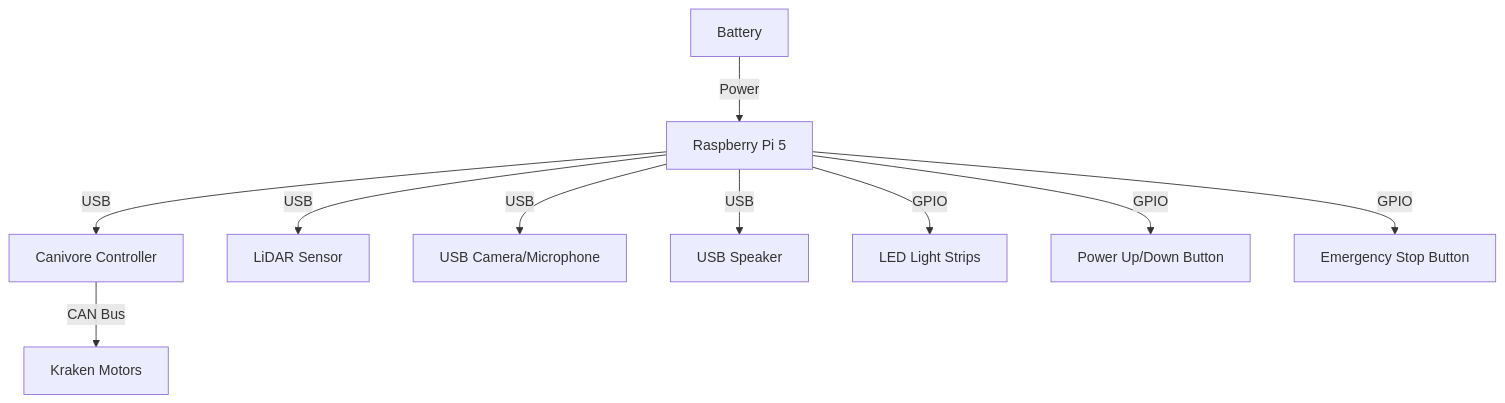
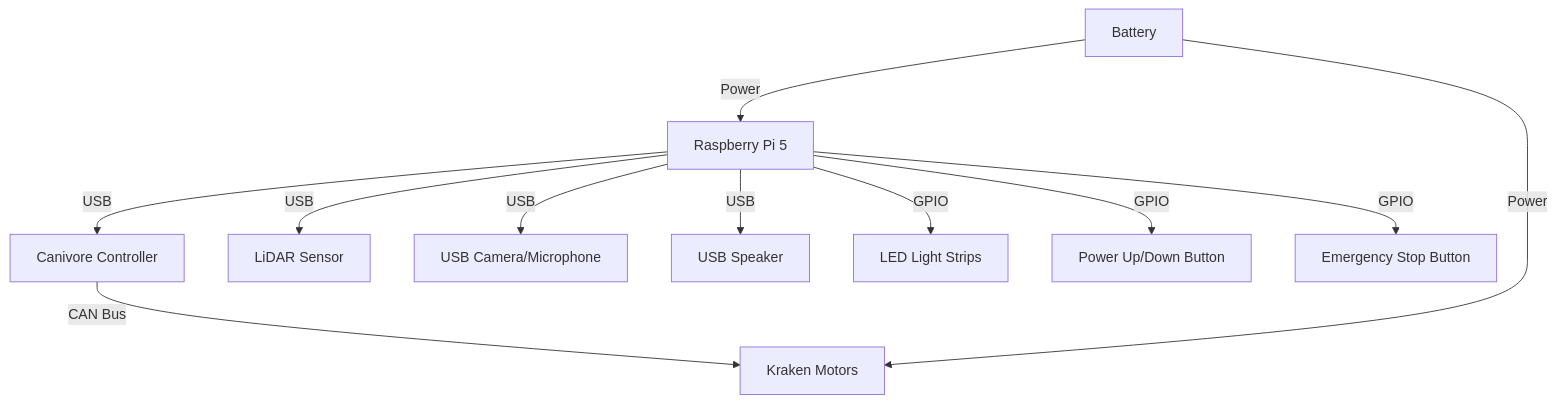
One commit to VCHSRobots/coffeebot changed the first of 2 diagrams in README.md. Above: the diagram before and after it, drawn with Mermaid.

````diff
--- a/README.md
+++ b/README.md
@@ -31,12 +31,14 @@
 ```mermaid
 graph TD
     A[Battery] -->|Power| B[Raspberry Pi 5]
     B -->|USB| C[Canivore Controller]
     C -->|CAN Bus| D[Kraken Motors]
     B -->|USB| E[LiDAR Sensor]
     B -->|USB| F[USB Camera/Microphone]
     B -->|USB| H[USB Speaker]
     B -->|GPIO| I[LED Light Strips]
     B -->|GPIO| J[Power Up/Down Button]
     B -->|GPIO| K[Emergency Stop Button]
+    A -->|Power| D[Kraken Motors]
+
 ```
````
